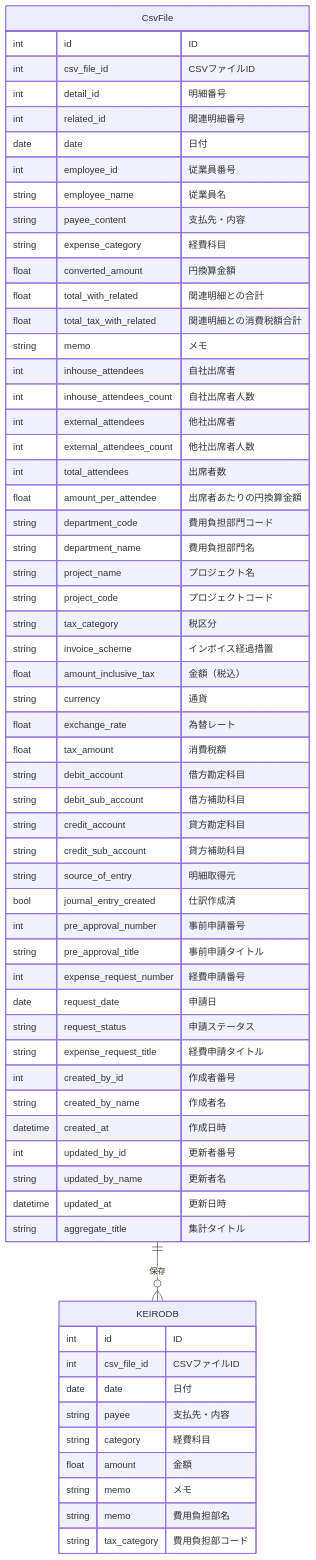
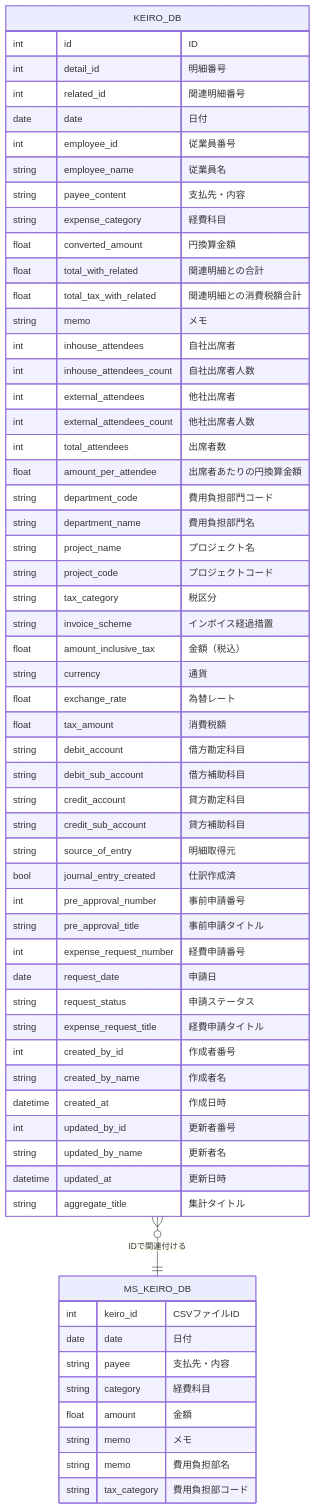
Before and after one commit to brain-yuhei/CsvCreateTool: the second of 2 diagrams in AttrMF/document/CreateKeiro.md, drawn with Mermaid. The commit also changed other lines of this file and 1 other file, not shown here.

Commit message:
データ設計・機能仕様・シーケンス図の修正

````diff
--- a/AttrMF/document/CreateKeiro.md
+++ b/AttrMF/document/CreateKeiro.md
@@ -98,68 +126,67 @@
 ```mermaid
 erDiagram
-    CsvFile ||--o{ KEIRODB : "保存"
 
-    CsvFile {
+    KEIRO_DB }o--|| MS_KEIRO_DB : "IDで関連付ける"
+
+    KEIRO_DB {
         int id "ID"
-        int csv_file_id "CSVファイルID"
         int detail_id "明細番号"
         int related_id "関連明細番号"
         date date "日付"
         int employee_id "従業員番号"
         string employee_name "従業員名"
         string payee_content "支払先・内容"
         string expense_category "経費科目"
         float converted_amount "円換算金額"
         float total_with_related "関連明細との合計"
         float total_tax_with_related "関連明細との消費税額合計"
         string memo "メモ"
         int inhouse_attendees "自社出席者"
         int inhouse_attendees_count "自社出席者人数"
         int external_attendees "他社出席者"
         int external_attendees_count "他社出席者人数"
         int total_attendees "出席者数"
         float amount_per_attendee "出席者あたりの円換算金額"
         string department_code "費用負担部門コード"
         string department_name "費用負担部門名"
         string project_name "プロジェクト名"
         string project_code "プロジェクトコード"
         string tax_category "税区分"
         string invoice_scheme "インボイス経過措置"
         float amount_inclusive_tax "金額（税込）"
         string currency "通貨"
         float exchange_rate "為替レート"
         float tax_amount "消費税額"
         string debit_account "借方勘定科目"
         string debit_sub_account "借方補助科目"
         string credit_account "貸方勘定科目"
         string credit_sub_account "貸方補助科目"
         string source_of_entry "明細取得元"
         bool journal_entry_created "仕訳作成済"
         int pre_approval_number "事前申請番号"
         string pre_approval_title "事前申請タイトル"
         int expense_request_number "経費申請番号"
         date request_date "申請日"
         string request_status "申請ステータス"
         string expense_request_title "経費申請タイトル"
         int created_by_id "作成者番号"
         string created_by_name "作成者名"
         datetime created_at "作成日時"
         int updated_by_id "更新者番号"
         string updated_by_name "更新者名"
         datetime updated_at "更新日時"
         string aggregate_title "集計タイトル"
     }
 
-    KEIRODB {
-        int id "ID"
-        int csv_file_id "CSVファイルID"
+    MS_KEIRO_DB {
+        int keiro_id "CSVファイルID"
         date date "日付"
         string payee "支払先・内容"
         string category "経費科目"
         float amount "金額"
         string memo "メモ"
         string memo "費用負担部名"
         string tax_category "費用負担部コード"
     }
 
 ```
````
